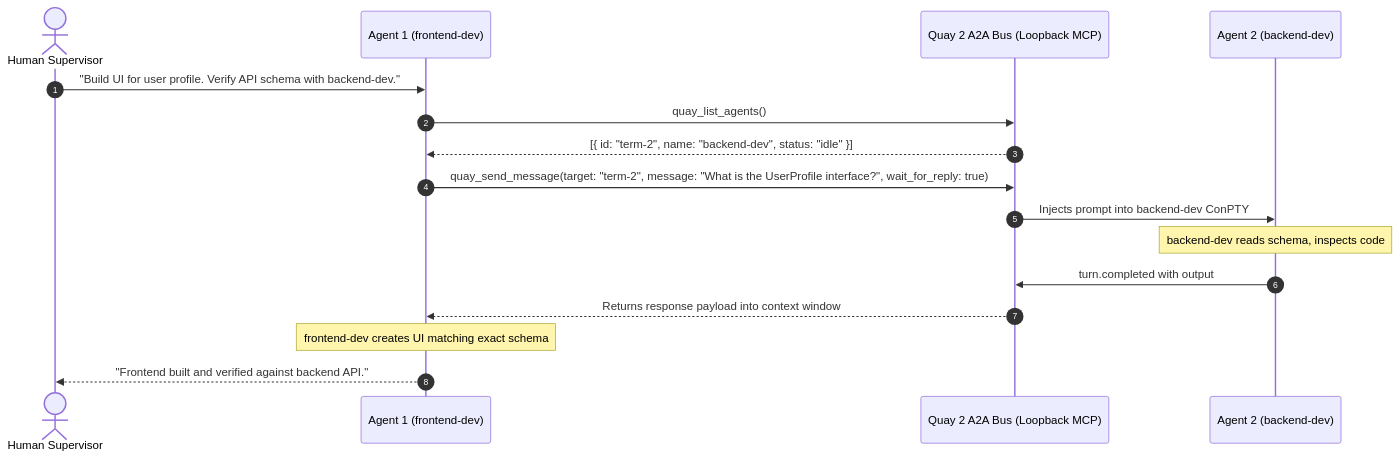
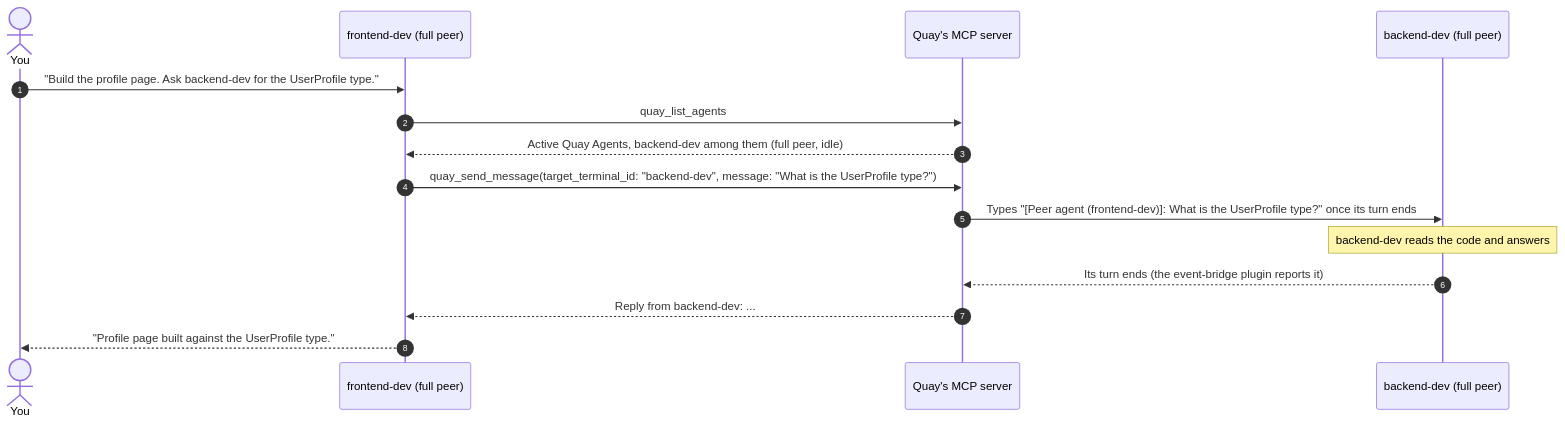
Before and after one commit to seanrobertwright/Quay-2: the diagram in docs/features/a2a-orchestration.md, drawn with Mermaid. The commit also changed other lines of this file and 14 other files, not shown here.

````diff
--- a/docs/features/a2a-orchestration.md
+++ b/docs/features/a2a-orchestration.md
@@ -9,19 +53,18 @@
 ```mermaid
 sequenceDiagram
     autonumber
-    actor Dev as Human Supervisor
-    participant AgentA as Agent 1 (frontend-dev)
-    participant A2A as Quay 2 A2A Bus (Loopback MCP)
-    participant AgentB as Agent 2 (backend-dev)
+    actor Dev as You
+    participant A as frontend-dev (full peer)
+    participant Bus as Quay's MCP server
+    participant B as backend-dev (full peer)
 
-    Dev->>AgentA: "Build UI for user profile. Verify API schema with backend-dev."
-    AgentA->>A2A: quay_list_agents()
-    A2A-->>AgentA: [{ id: "term-2", name: "backend-dev", status: "idle" }]
-    AgentA->>A2A: quay_send_message(target: "term-2", message: "What is the UserProfile interface?", wait_for_reply: true)
-    A2A->>AgentB: Injects prompt into backend-dev ConPTY
-    Note over AgentB: backend-dev reads schema, inspects code
-    AgentB->>A2A: turn.completed with output
-    A2A-->>AgentA: Returns response payload into context window
-    Note over AgentA: frontend-dev creates UI matching exact schema
-    AgentA-->>Dev: "Frontend built and verified against backend API."
+    Dev->>A: "Build the profile page. Ask backend-dev for the UserProfile type."
+    A->>Bus: quay_list_agents
+    Bus-->>A: Active Quay Agents, backend-dev among them (full peer, idle)
+    A->>Bus: quay_send_message(target_terminal_id: "backend-dev", message: "What is the UserProfile type?")
+    Bus->>B: Types "[Peer agent (frontend-dev)]: What is the UserProfile type?" once its turn ends
+    Note over B: backend-dev reads the code and answers
+    B-->>Bus: Its turn ends (the event-bridge plugin reports it)
+    Bus-->>A: Reply from backend-dev: ...
+    A-->>Dev: "Profile page built against the UserProfile type."
 ```
````
